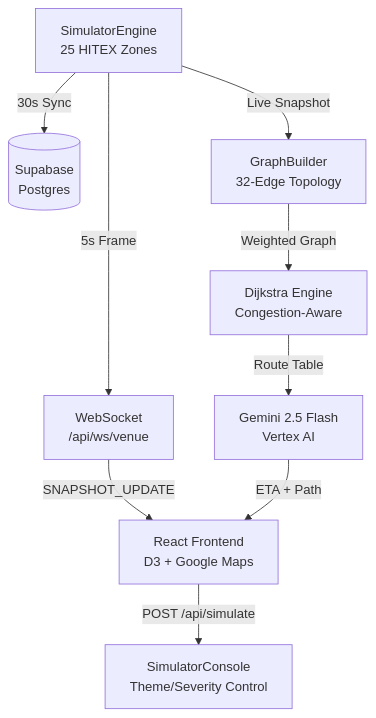
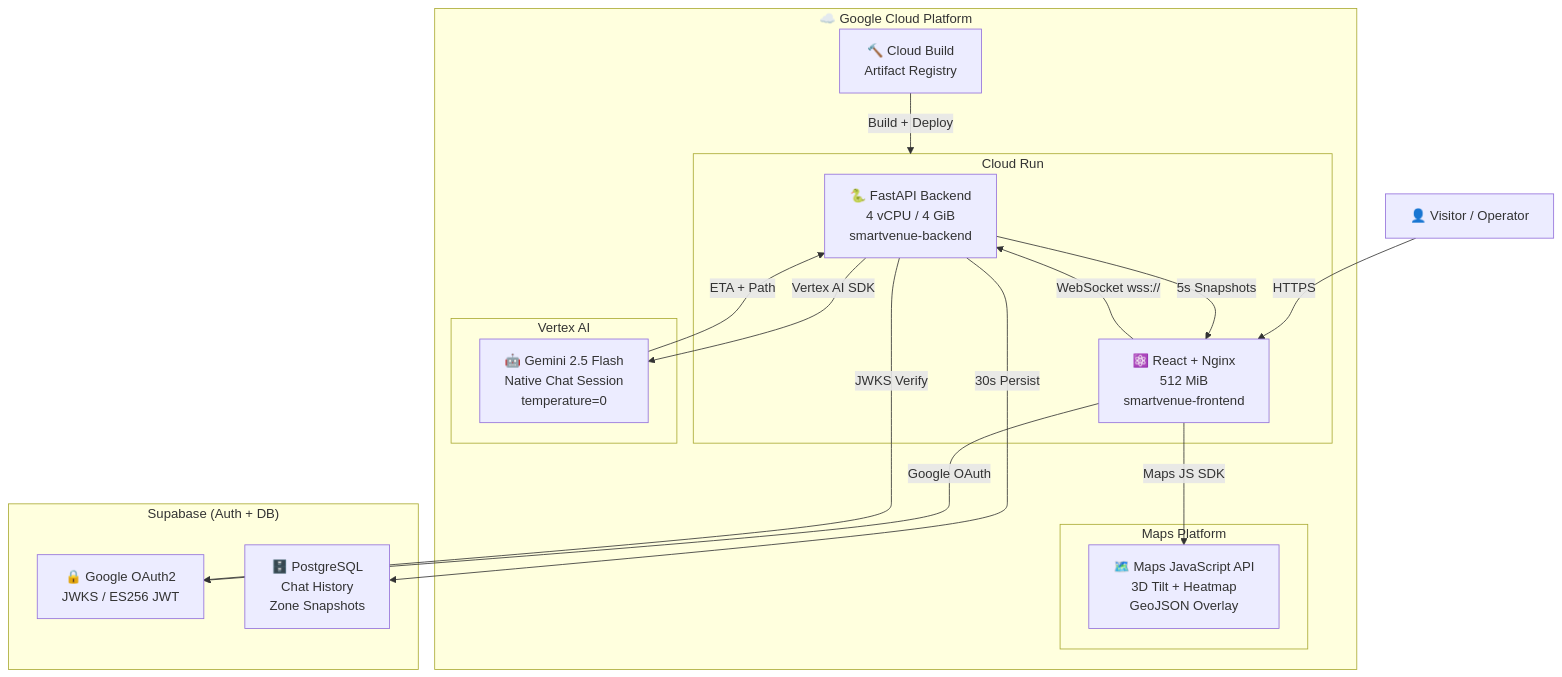
The diagram in README.md (sahilshaik13/smart-venue), drawn with Mermaid before and after one commit. The commit also changed other lines of this file and 1 other file, not shown here.

First line of the commit message:
docs: merge SMART_VENUE_SYSTEM into README with full GCP tools showcase

````diff
--- a/README.md
+++ b/README.md
@@ -74,11 +146,32 @@
 ```mermaid
 graph TD
-    Sim[SimulatorEngine<br>25 HITEX Zones] -->|5s Frame| WS[WebSocket<br>/api/ws/venue]
-    Sim -->|30s Sync| DB[(Supabase<br>Postgres)]
-    WS -->|SNAPSHOT_UPDATE| UI[React Frontend<br>D3 + Google Maps]
-    Sim -->|Live Snapshot| RAG[GraphBuilder<br>32-Edge Topology]
-    RAG -->|Weighted Graph| DJ[Dijkstra Engine<br>Congestion-Aware]
-    DJ -->|Route Table| GEM[Gemini 2.5 Flash<br>Vertex AI]
-    GEM -->|ETA + Path| UI
-    UI -->|POST /api/simulate| SIM_CTRL[SimulatorConsole<br>Theme/Severity Control]
+    subgraph GCP ["☁️ Google Cloud Platform"]
+        subgraph CR ["Cloud Run"]
+            BE["🐍 FastAPI Backend<br/>4 vCPU / 4 GiB<br/>smartvenue-backend"]
+            FE["⚛️ React + Nginx<br/>512 MiB<br/>smartvenue-frontend"]
+        end
+        subgraph VAI ["Vertex AI"]
+            GEM["🤖 Gemini 2.5 Flash<br/>Native Chat Session<br/>temperature=0"]
+        end
+        subgraph MAPS ["Maps Platform"]
+            GMAP["🗺️ Maps JavaScript API<br/>3D Tilt + Heatmap<br/>GeoJSON Overlay"]
+        end
+        CB["🔨 Cloud Build<br/>Artifact Registry"]
+    end
+
+    subgraph SUPABASE ["Supabase (Auth + DB)"]
+        AUTH["🔒 Google OAuth2<br/>JWKS / ES256 JWT"]
+        DB["🗄️ PostgreSQL<br/>Chat History<br/>Zone Snapshots"]
+    end
+
+    USER["👤 Visitor / Operator"] -->|HTTPS| FE
+    FE -->|WebSocket wss://| BE
+    FE -->|Google OAuth| AUTH
+    BE -->|Vertex AI SDK| GEM
+    BE -->|JWKS Verify| AUTH
+    BE -->|30s Persist| DB
+    GEM -->|ETA + Path| BE
+    BE -->|5s Snapshots| FE
+    FE -->|Maps JS SDK| GMAP
+    CB -->|Build + Deploy| CR
 ```
````
